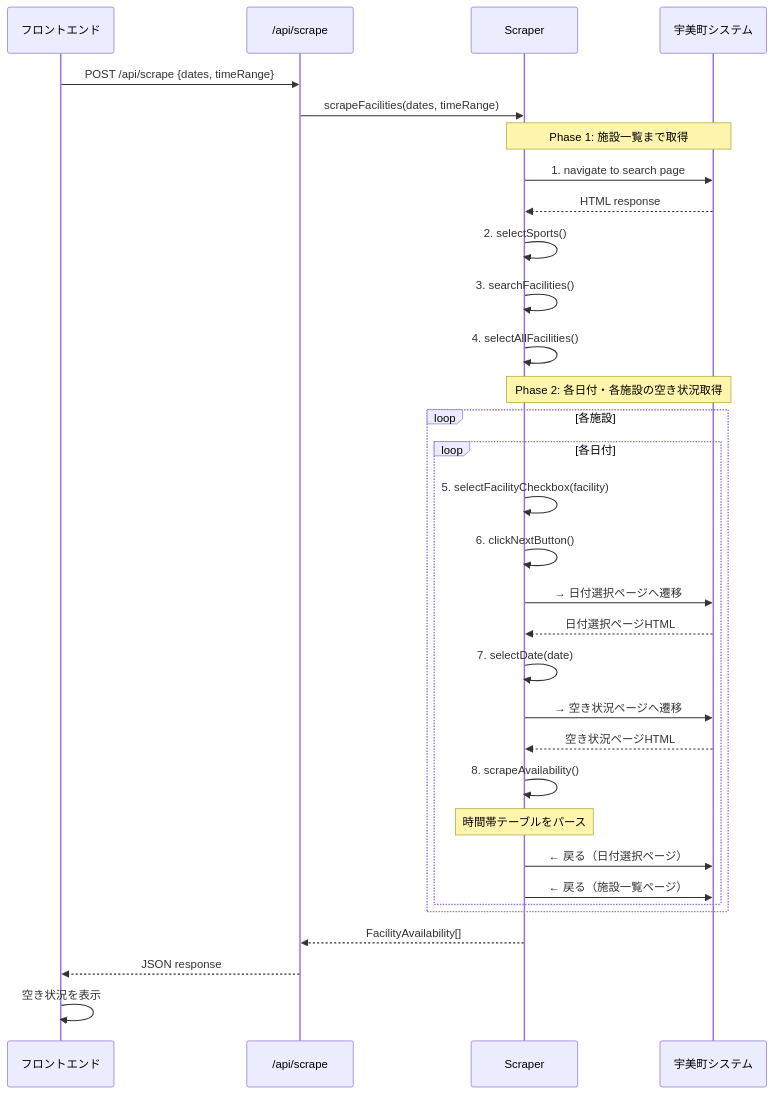
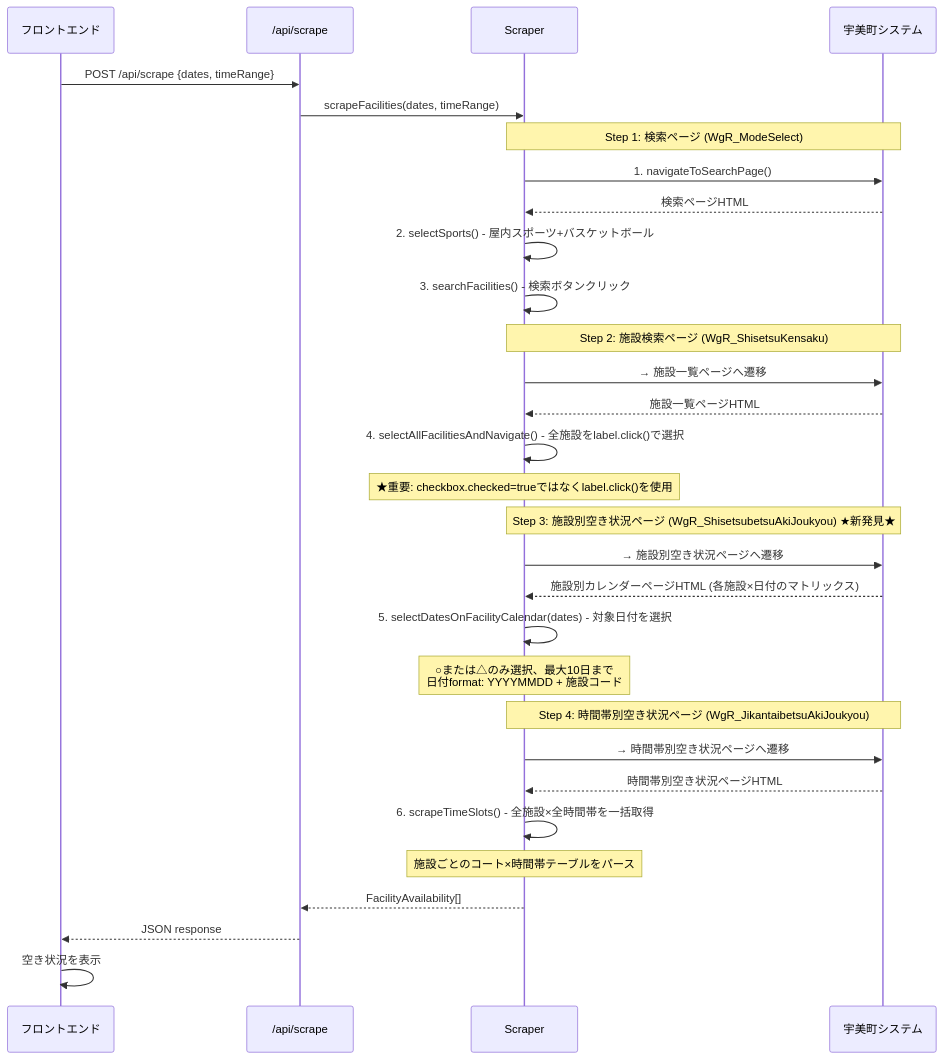
One commit to MizukiMatsutani/umi-facility-reservation changed the second of 2 diagrams in .spec-workflow/specs/umi-facility-search/design.md. Above: the diagram before and after it, drawn with Mermaid. The commit also changed other lines of this file and 34 other files, not shown here.

````diff
--- a/.spec-workflow/specs/umi-facility-search/design.md
+++ b/.spec-workflow/specs/umi-facility-search/design.md
@@ -495,41 +497,38 @@
 ```mermaid
 sequenceDiagram
     participant UI as フロントエンド
     participant API as /api/scrape
     participant SC as Scraper
     participant EXT as 宇美町システム
 
     UI->>API: POST /api/scrape {dates, timeRange}
     API->>SC: scrapeFacilities(dates, timeRange)
 
-    Note over SC,EXT: Phase 1: 施設一覧まで取得
-    SC->>EXT: 1. navigate to search page
-    EXT-->>SC: HTML response
-    SC->>SC: 2. selectSports()
-    SC->>SC: 3. searchFacilities()
-    SC->>SC: 4. selectAllFacilities()
+    Note over SC,EXT: Step 1: 検索ページ (WgR_ModeSelect)
+    SC->>EXT: 1. navigateToSearchPage()
+    EXT-->>SC: 検索ページHTML
+    SC->>SC: 2. selectSports() - 屋内スポーツ+バスケットボール
+    SC->>SC: 3. searchFacilities() - 検索ボタンクリック
 
-    Note over SC,EXT: Phase 2: 各日付・各施設の空き状況取得
-    loop 各施設
-        loop 各日付
-            SC->>SC: 5. selectFacilityCheckbox(facility)
-            SC->>SC: 6. clickNextButton()
-            SC->>EXT: → 日付選択ページへ遷移
-            EXT-->>SC: 日付選択ページHTML
+    Note over SC,EXT: Step 2: 施設検索ページ (WgR_ShisetsuKensaku)
+    SC->>EXT: → 施設一覧ページへ遷移
+    EXT-->>SC: 施設一覧ページHTML
+    SC->>SC: 4. selectAllFacilitiesAndNavigate() - 全施設をlabel.click()で選択
+    Note over SC: ★重要: checkbox.checked=trueではなくlabel.click()を使用
 
-            SC->>SC: 7. selectDate(date)
-            SC->>EXT: → 空き状況ページへ遷移
-            EXT-->>SC: 空き状況ページHTML
+    Note over SC,EXT: Step 3: 施設別空き状況ページ (WgR_ShisetsubetsuAkiJoukyou) ★新発見★
+    SC->>EXT: → 施設別空き状況ページへ遷移
+    EXT-->>SC: 施設別カレンダーページHTML (各施設×日付のマトリックス)
+    SC->>SC: 5. selectDatesOnFacilityCalendar(dates) - 対象日付を選択
+    Note over SC: ○または△のみ選択、最大10日まで<br/>日付format: YYYYMMDD + 施設コード
 
-            SC->>SC: 8. scrapeAvailability()
-            Note over SC: 時間帯テーブルをパース
-
-            SC->>EXT: ← 戻る（日付選択ページ）
-            SC->>EXT: ← 戻る（施設一覧ページ）
-        end
-    end
+    Note over SC,EXT: Step 4: 時間帯別空き状況ページ (WgR_JikantaibetsuAkiJoukyou)
+    SC->>EXT: → 時間帯別空き状況ページへ遷移
+    EXT-->>SC: 時間帯別空き状況ページHTML
+    SC->>SC: 6. scrapeTimeSlots() - 全施設×全時間帯を一括取得
+    Note over SC: 施設ごとのコート×時間帯テーブルをパース
 
     SC-->>API: FacilityAvailability[]
     API-->>UI: JSON response
     UI->>UI: 空き状況を表示
 ```
````
